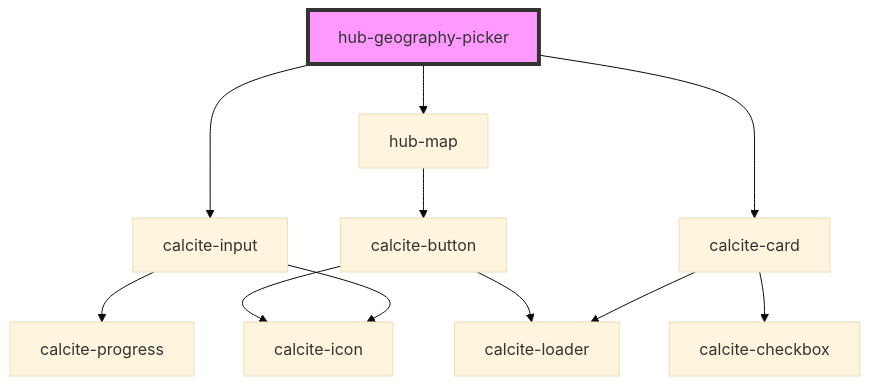
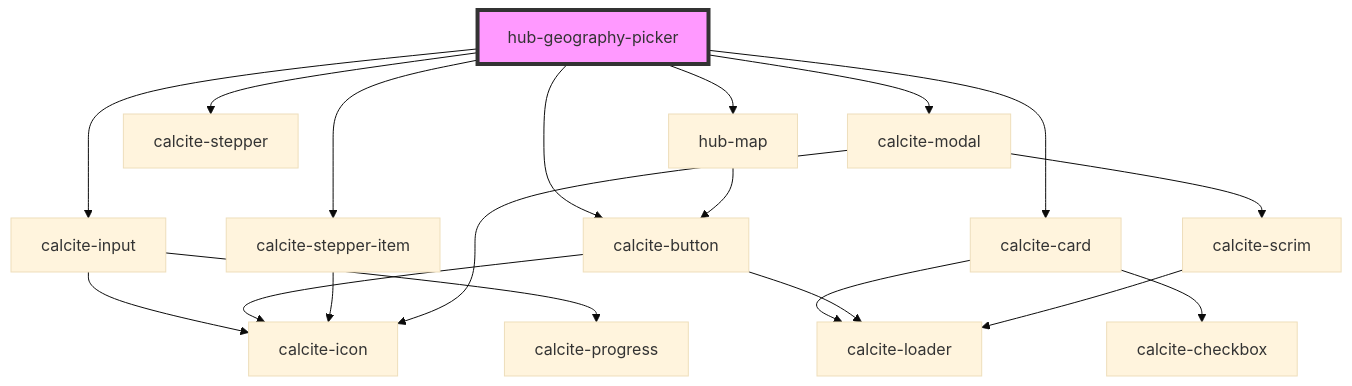
The diagram in src/components/presentation/hub-geography-picker/readme.md (esridc/hub-components-experiments), drawn with Mermaid (base theme) before and after one commit. The commit also changed other lines of this file and 5 other files, not shown here.

Commit message:
Added prototype geography picker

````diff
--- a/src/components/presentation/hub-geography-picker/readme.md
+++ b/src/components/presentation/hub-geography-picker/readme.md
@@ -27,14 +31,22 @@
 ```mermaid
 graph TD;
   hub-geography-picker --> calcite-input
   hub-geography-picker --> calcite-card
   hub-geography-picker --> hub-map
+  hub-geography-picker --> calcite-stepper
+  hub-geography-picker --> calcite-stepper-item
+  hub-geography-picker --> calcite-modal
+  hub-geography-picker --> calcite-button
   calcite-input --> calcite-icon
   calcite-input --> calcite-progress
   calcite-card --> calcite-loader
   calcite-card --> calcite-checkbox
   hub-map --> calcite-button
   calcite-button --> calcite-loader
   calcite-button --> calcite-icon
+  calcite-stepper-item --> calcite-icon
+  calcite-modal --> calcite-scrim
+  calcite-modal --> calcite-icon
+  calcite-scrim --> calcite-loader
   style hub-geography-picker fill:#f9f,stroke:#333,stroke-width:4px
 ```
````
